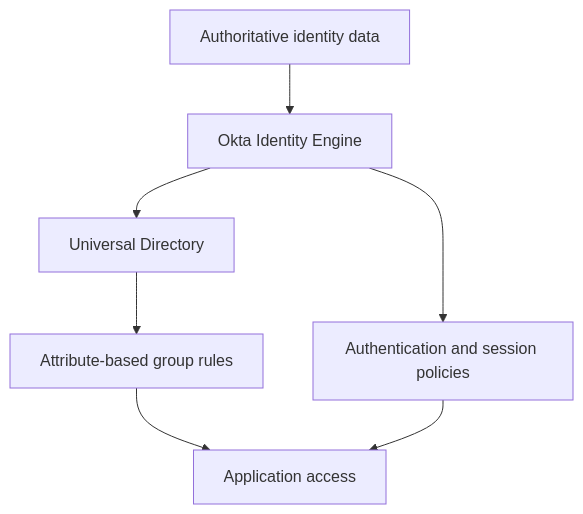
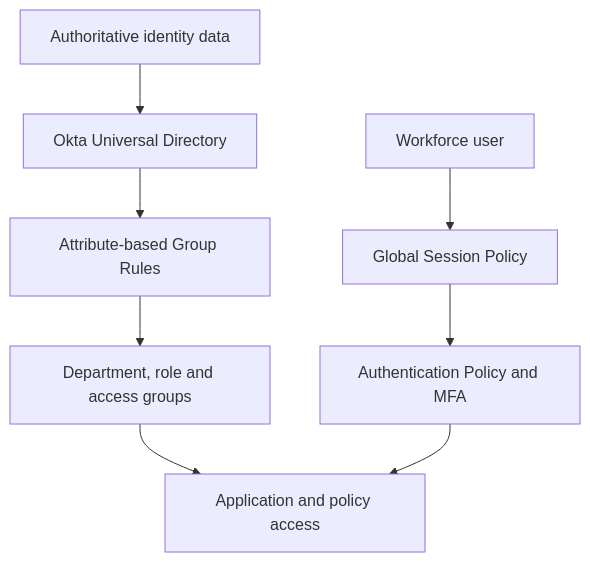
Before and after one commit to Rayan-Muktar/techmigos-enterprise-iam-lab: the diagram in README.md, drawn with Mermaid. The commit also changed other lines of this file, not shown here.

Commit message:
Focus portfolio on Okta Identity Engine

````diff
--- a/README.md
+++ b/README.md
@@ -20,9 +20,10 @@
 ```mermaid
 flowchart TD
-    SOURCE[Authoritative identity data] --> OKTA[Okta Identity Engine]
-    OKTA --> UD[Universal Directory]
-    UD --> RULES[Attribute-based group rules]
-    RULES --> ACCESS[Application access]
-    OKTA --> POLICIES[Authentication and session policies]
-    POLICIES --> ACCESS
+    SOURCE[Authoritative identity data] --> UD[Okta Universal Directory]
+    UD --> RULES[Attribute-based Group Rules]
+    RULES --> GROUPS[Department, role and access groups]
+    GROUPS --> ACCESS[Application and policy access]
+    USER[Workforce user] --> SESSION[Global Session Policy]
+    SESSION --> AUTH[Authentication Policy and MFA]
+    AUTH --> ACCESS
 ```
````
